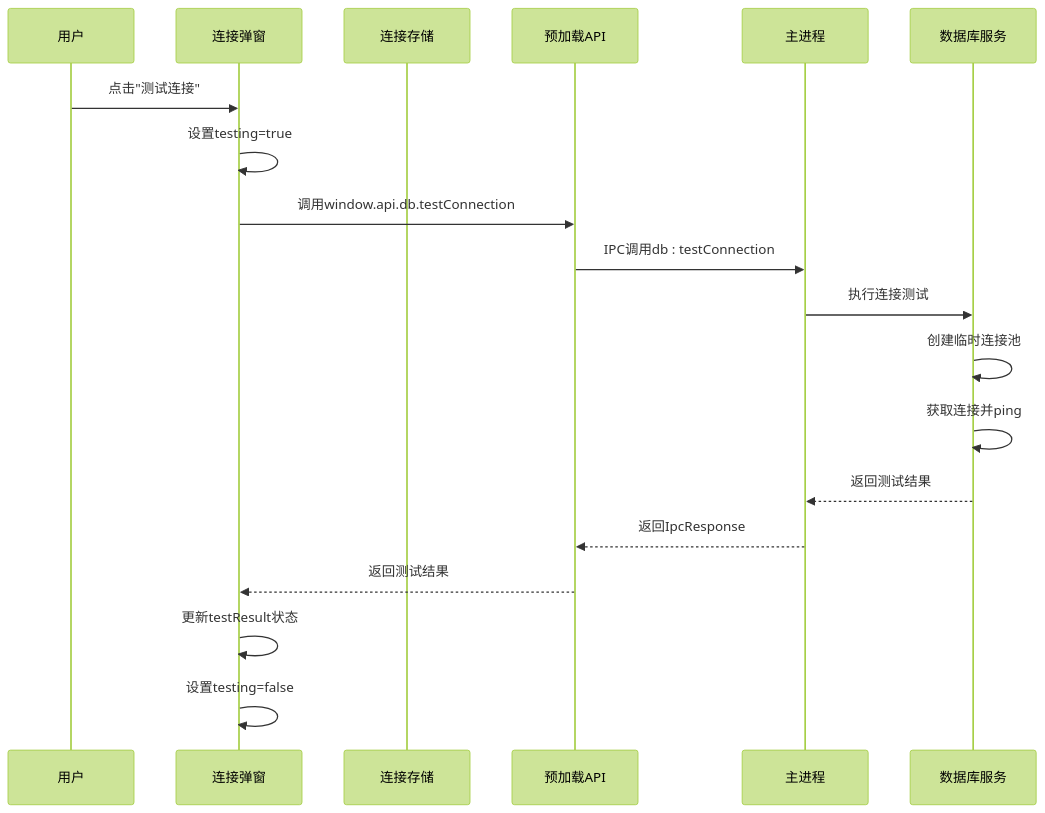
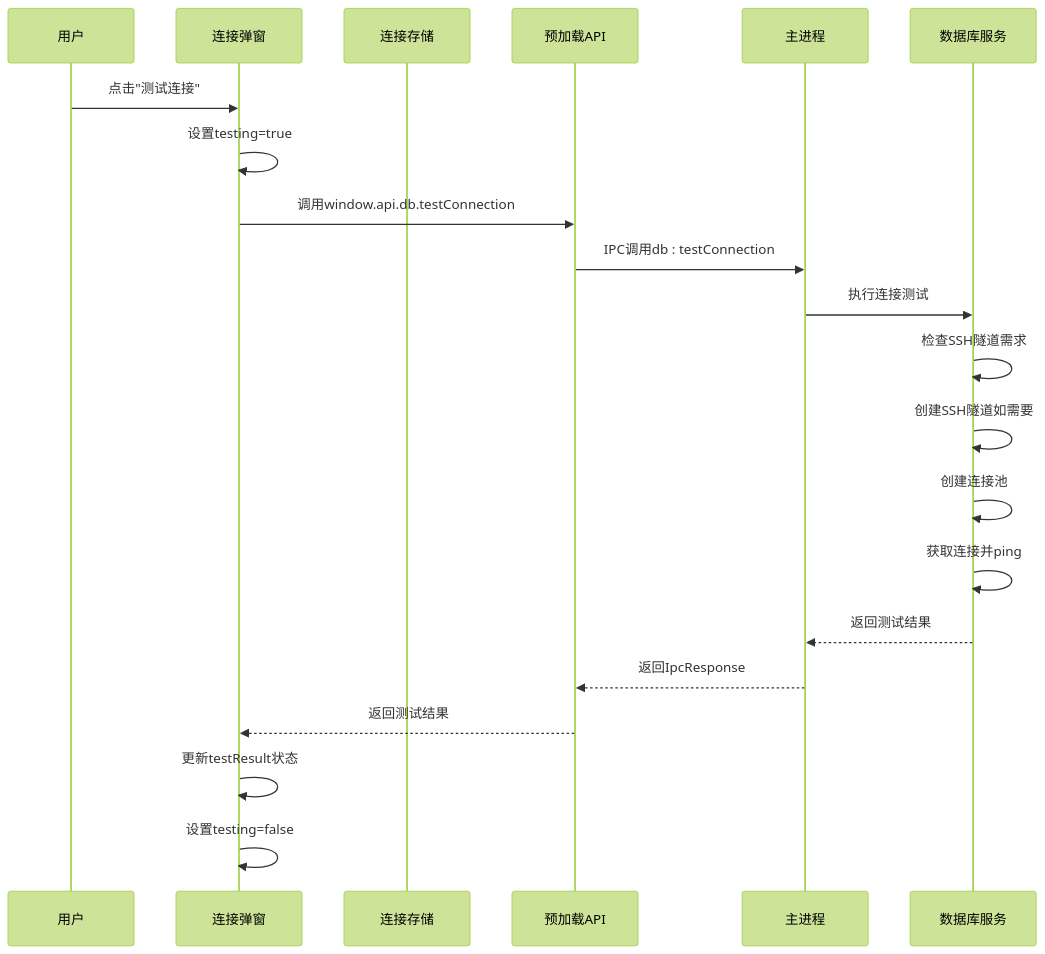
One commit to wwenbo2048/nexsql changed the ninth of 13 diagrams in .qoder/repowiki/zh/content/架构设计/组件系统架构/工具组件/连接弹窗组件.md. Above: the diagram before and after it, drawn with Mermaid (forest theme). The commit also changed other lines of this file and 19 other files, not shown here.

````diff
--- a/.qoder/repowiki/zh/content/架构设计/组件系统架构/工具组件/连接弹窗组件.md
+++ b/.qoder/repowiki/zh/content/架构设计/组件系统架构/工具组件/连接弹窗组件.md
@@ -320,21 +423,23 @@
 ```mermaid
 sequenceDiagram
 participant User as 用户
 participant Modal as 连接弹窗
 participant Store as 连接存储
 participant Preload as 预加载API
 participant Main as 主进程
 participant DB as 数据库服务
 User->>Modal : 点击"测试连接"
 Modal->>Modal : 设置testing=true
 Modal->>Preload : 调用window.api.db.testConnection
 Preload->>Main : IPC调用db : testConnection
 Main->>DB : 执行连接测试
-DB->>DB : 创建临时连接池
+DB->>DB : 检查SSH隧道需求
+DB->>DB : 创建SSH隧道如需要
+DB->>DB : 创建连接池
 DB->>DB : 获取连接并ping
 DB-->>Main : 返回测试结果
 Main-->>Preload : 返回IpcResponse
 Preload-->>Modal : 返回测试结果
 Modal->>Modal : 更新testResult状态
 Modal->>Modal : 设置testing=false
 ```
````
